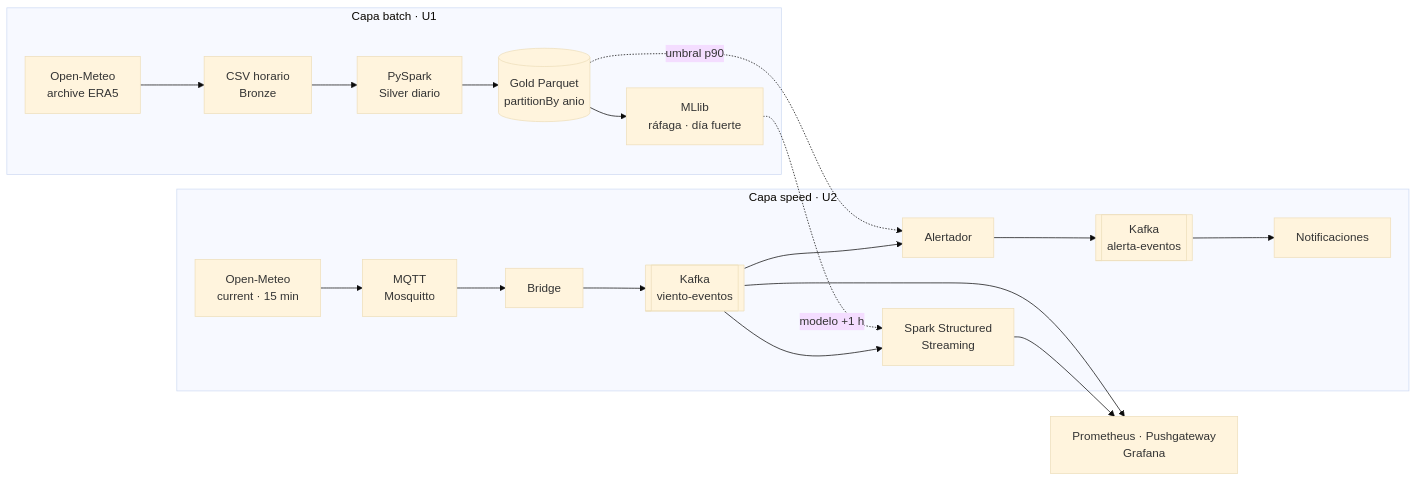
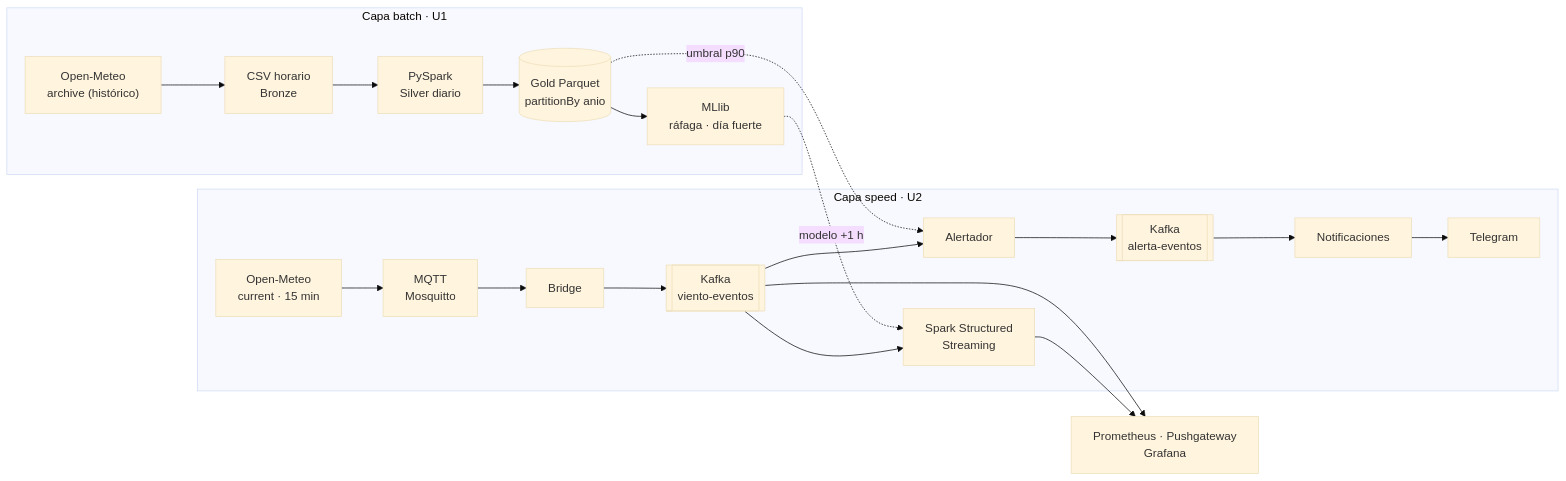
The diagram in docs/index.md (kiohunter12/bigdata-viento-nayder), drawn with Mermaid (base theme) before and after one commit. The commit also changed other lines of this file and 31 other files, not shown here.

````diff
--- a/docs/index.md
+++ b/docs/index.md
@@ -36,20 +36,20 @@
 ```mermaid
 flowchart LR
   subgraph B["Capa batch · U1"]
-    A1["Open-Meteo<br/>archive ERA5"] --> A2["CSV horario<br/>Bronze"]
+    A1["Open-Meteo<br/>archive (histórico)"] --> A2["CSV horario<br/>Bronze"]
     A2 --> A3["PySpark<br/>Silver diario"]
     A3 --> A4[("Gold Parquet<br/>partitionBy anio")]
     A4 --> A5["MLlib<br/>ráfaga · día fuerte"]
   end
   subgraph S["Capa speed · U2"]
     C1["Open-Meteo<br/>current · 15 min"] --> C2["MQTT<br/>Mosquitto"]
     C2 --> C3["Bridge"] --> C4[["Kafka<br/>viento-eventos"]]
     C4 --> C5["Spark Structured<br/>Streaming"]
     C4 --> C6["Alertador"] --> C7[["Kafka<br/>alerta-eventos"]]
-    C7 --> C8["Notificaciones"]
+    C7 --> C8["Notificaciones"] --> C9["Telegram"]
   end
   A4 -. "umbral p90" .-> C6
   A5 -. "modelo +1 h" .-> C5
   C5 --> G["Prometheus · Pushgateway<br/>Grafana"]
   C4 --> G
 ```
````
